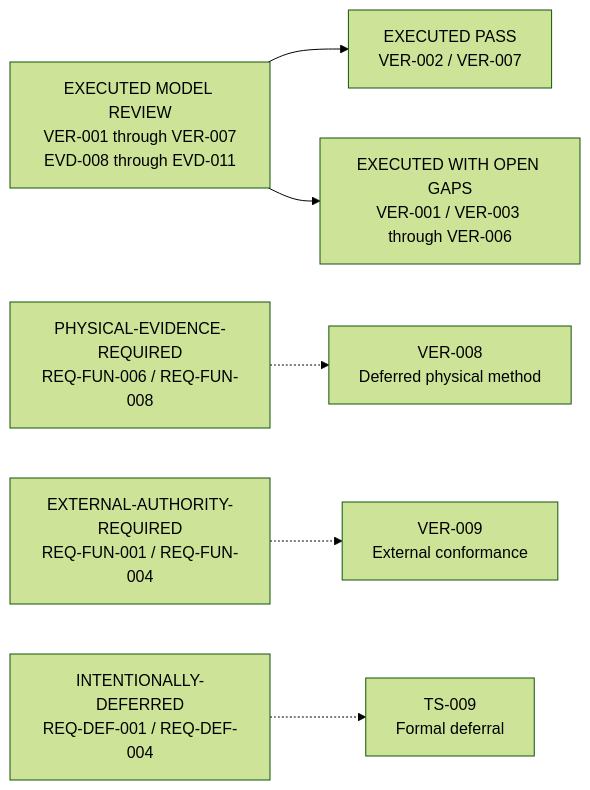
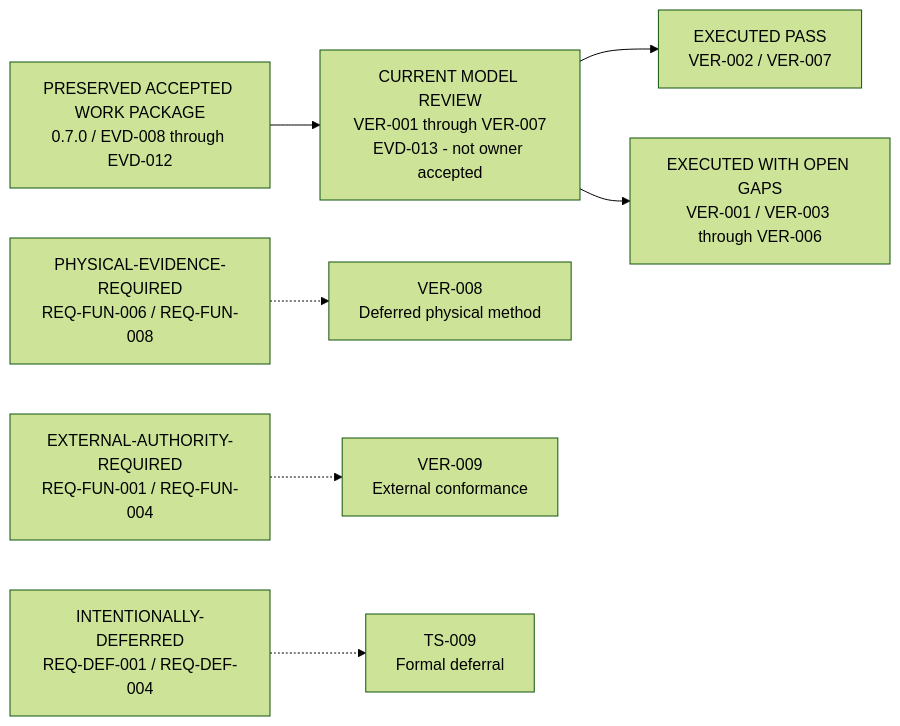
Diagram 13 of 13 in architecture.md (noahstephenson/low-cost-relay-uas), drawn with Mermaid (forest theme) before and after one commit. The commit also changed other lines of this file and 11 other files, not shown here.

````diff
--- a/architecture.md
+++ b/architecture.md
@@ -367,9 +397,10 @@
 ```mermaid
 flowchart LR
     %% Configuration scope: CFG-REP / CFG-DOM with project-scope deferrals
-    EXECUTED["EXECUTED MODEL REVIEW<br/>VER-001 through VER-007<br/>EVD-008 through EVD-011"] --> PASS["EXECUTED PASS<br/>VER-002 / VER-007"]
+    EXECUTED["CURRENT MODEL REVIEW<br/>VER-001 through VER-007<br/>EVD-013 - not owner accepted"] --> PASS["EXECUTED PASS<br/>VER-002 / VER-007"]
+    ACCEPTED["PRESERVED ACCEPTED WORK PACKAGE<br/>0.7.0 / EVD-008 through EVD-012"] --> EXECUTED
     EXECUTED --> OPEN["EXECUTED WITH OPEN GAPS<br/>VER-001 / VER-003 through VER-006"]
     PHYSICAL["PHYSICAL-EVIDENCE-REQUIRED<br/>REQ-FUN-006 / REQ-FUN-008"] -.-> VER_008["VER-008<br/>Deferred physical method"]
     EXTERNAL["EXTERNAL-AUTHORITY-REQUIRED<br/>REQ-FUN-001 / REQ-FUN-004"] -.-> VER_009["VER-009<br/>External conformance"]
     DEFERRED["INTENTIONALLY-DEFERRED<br/>REQ-DEF-001 / REQ-DEF-004"] -.-> TS_009["TS-009<br/>Formal deferral"]
 ```
````
